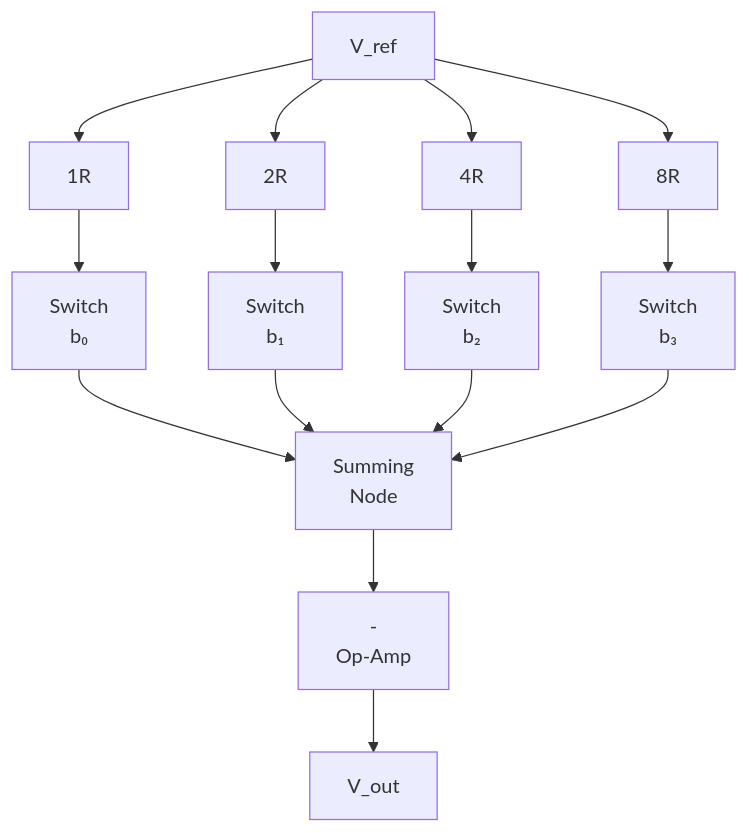
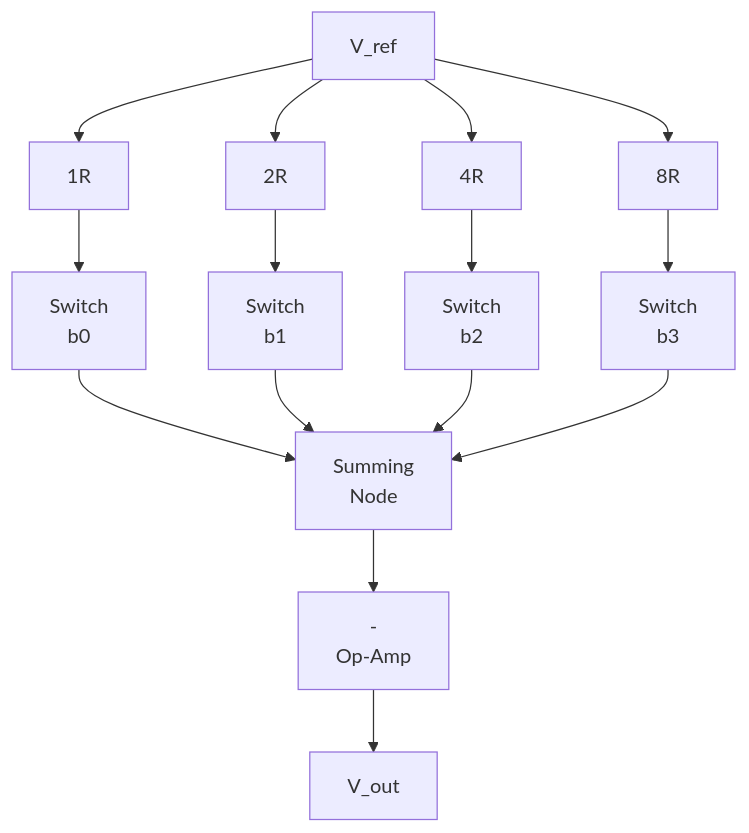
The second of 6 diagrams in docs/courses/digital-logic/13-dac-adc.md (Raushan666java/ai-engineering-journey), drawn with Mermaid before and after one commit. The commit also changed other lines of this file and 790 other files, not shown here.

Commit message:
Sync all course diagram renders and content updates

````diff
--- a/docs/courses/digital-logic/13-dac-adc.md
+++ b/docs/courses/digital-logic/13-dac-adc.md
@@ -172,17 +172,17 @@
 ```mermaid
 graph TD
     VREF[V_ref] --> R1[1R]
     VREF --> R2[2R]
     VREF --> R3[4R]
     VREF --> R4[8R]
-    R1 --> SW1[Switch<br>b₀]
-    R2 --> SW2[Switch<br>b₁]
-    R3 --> SW3[Switch<br>b₂]
-    R4 --> SW4[Switch<br>b₃]
+    R1 --> SW1[Switch<br>b0]
+    R2 --> SW2[Switch<br>b1]
+    R3 --> SW3[Switch<br>b2]
+    R4 --> SW4[Switch<br>b3]
     SW1 --> SUM[Summing<br>Node]
     SW2 --> SUM
     SW3 --> SUM
     SW4 --> SUM
     SUM --> OPAMP[-<br>Op-Amp]
     OPAMP --> VOUT[V_out]
 ```
````
